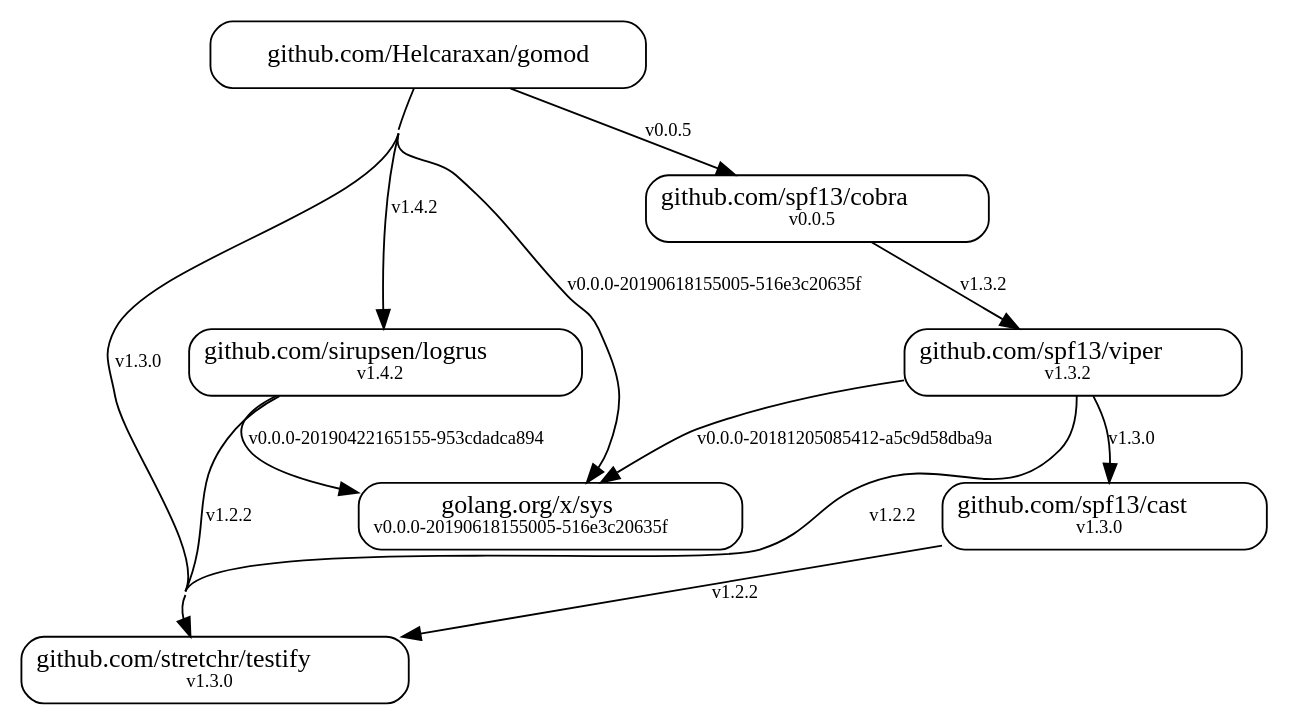
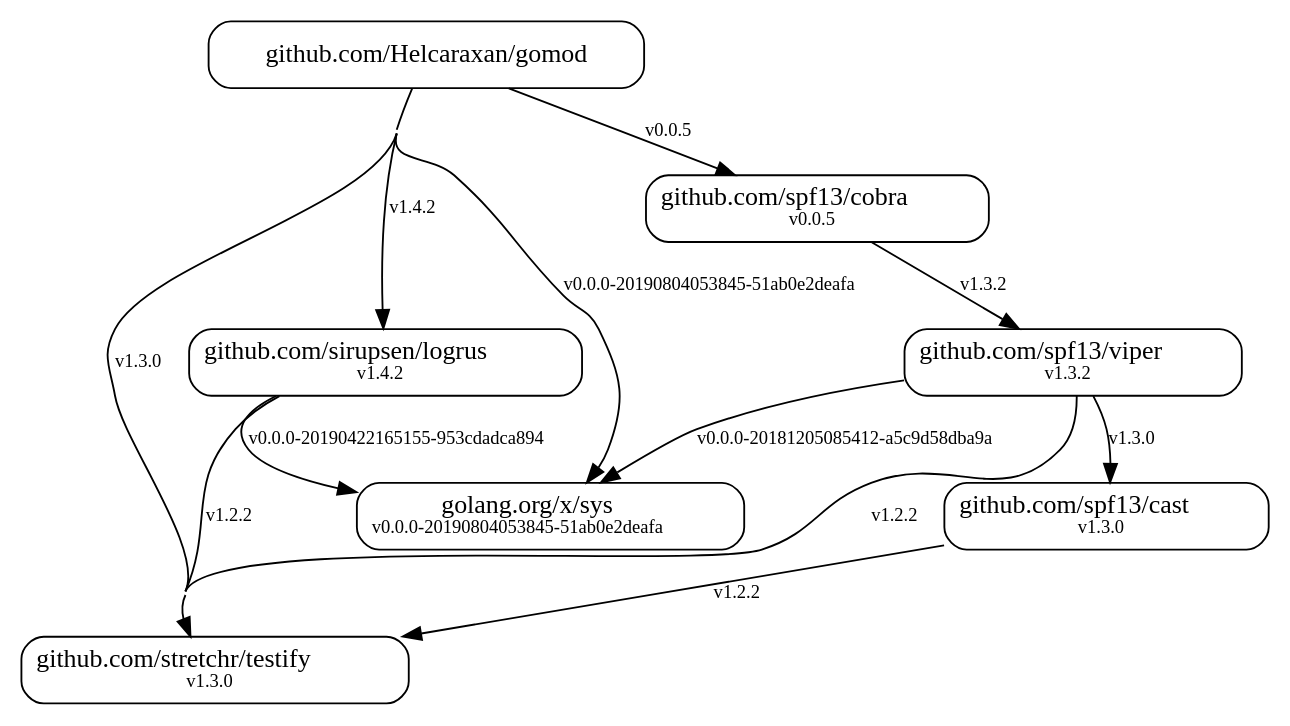
The diagram in images/dependency-chains.dot (Helcaraxan/gomod), drawn with Graphviz before and after one commit. The commit also changed 7 other files, not shown here.

```diff
--- a/images/dependency-chains.dot
+++ b/images/dependency-chains.dot
@@ -1,23 +1,23 @@
 strict digraph {
   node [shape=box,style=rounded]
   start=0
   concentrate=true
   "github.com/Helcaraxan/gomod"
   "github.com/stretchr/testify" [label=<github.com/stretchr/testify<br /><font point-size="10">v1.3.0</font>>]
-  "golang.org/x/sys" [label=<golang.org/x/sys<br /><font point-size="10">v0.0.0-20190618155005-516e3c20635f</font>>]
+  "golang.org/x/sys" [label=<golang.org/x/sys<br /><font point-size="10">v0.0.0-20190804053845-51ab0e2deafa</font>>]
   "github.com/sirupsen/logrus" [label=<github.com/sirupsen/logrus<br /><font point-size="10">v1.4.2</font>>]
   "github.com/spf13/cobra" [label=<github.com/spf13/cobra<br /><font point-size="10">v0.0.5</font>>]
   "github.com/spf13/viper" [label=<github.com/spf13/viper<br /><font point-size="10">v1.3.2</font>>]
   "github.com/spf13/cast" [label=<github.com/spf13/cast<br /><font point-size="10">v1.3.0</font>>]
   "github.com/Helcaraxan/gomod" -> "github.com/sirupsen/logrus" [label=<<font point-size="10">v1.4.2</font>>]
   "github.com/Helcaraxan/gomod" -> "github.com/spf13/cobra" [label=<<font point-size="10">v0.0.5</font>>]
   "github.com/Helcaraxan/gomod" -> "github.com/stretchr/testify" [minlen=3,label=<<font point-size="10">v1.3.0</font>>]
-  "github.com/Helcaraxan/gomod" -> "golang.org/x/sys" [minlen=3,label=<<font point-size="10">v0.0.0-20190618155005-516e3c20635f</font>>]
+  "github.com/Helcaraxan/gomod" -> "golang.org/x/sys" [minlen=3,label=<<font point-size="10">v0.0.0-20190804053845-51ab0e2deafa</font>>]
   "github.com/sirupsen/logrus" -> "github.com/stretchr/testify" [label=<<font point-size="10">v1.2.2</font>>]
   "github.com/sirupsen/logrus" -> "golang.org/x/sys" [label=<<font point-size="10">v0.0.0-20190422165155-953cdadca894</font>>]
   "github.com/spf13/cast" -> "github.com/stretchr/testify" [label=<<font point-size="10">v1.2.2</font>>]
   "github.com/spf13/cobra" -> "github.com/spf13/viper" [label=<<font point-size="10">v1.3.2</font>>]
   "github.com/spf13/viper" -> "github.com/spf13/cast" [label=<<font point-size="10">v1.3.0</font>>]
   "github.com/spf13/viper" -> "github.com/stretchr/testify" [minlen=2,label=<<font point-size="10">v1.2.2</font>>]
   "github.com/spf13/viper" -> "golang.org/x/sys" [label=<<font point-size="10">v0.0.0-20181205085412-a5c9d58dba9a</font>>]
 }
```
